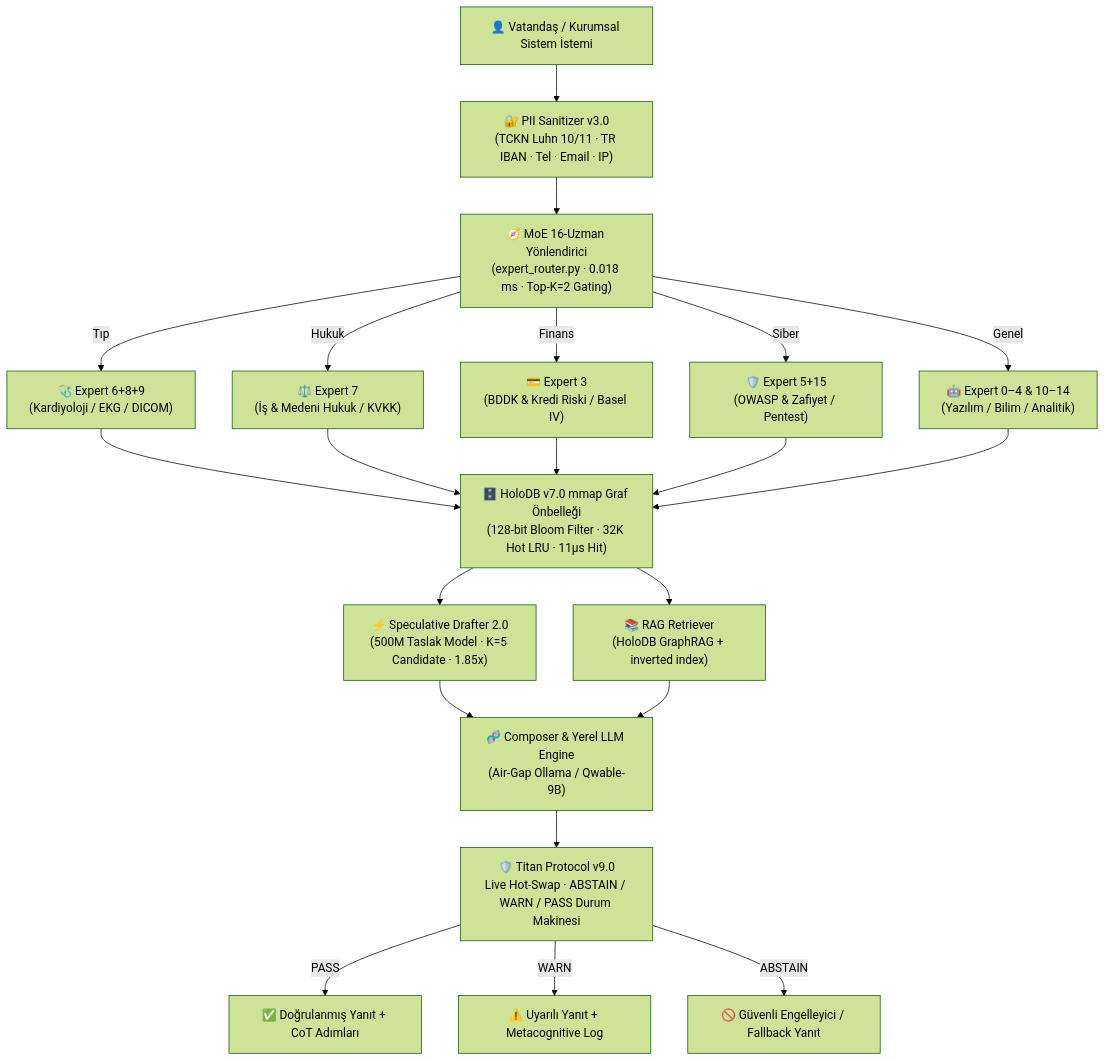
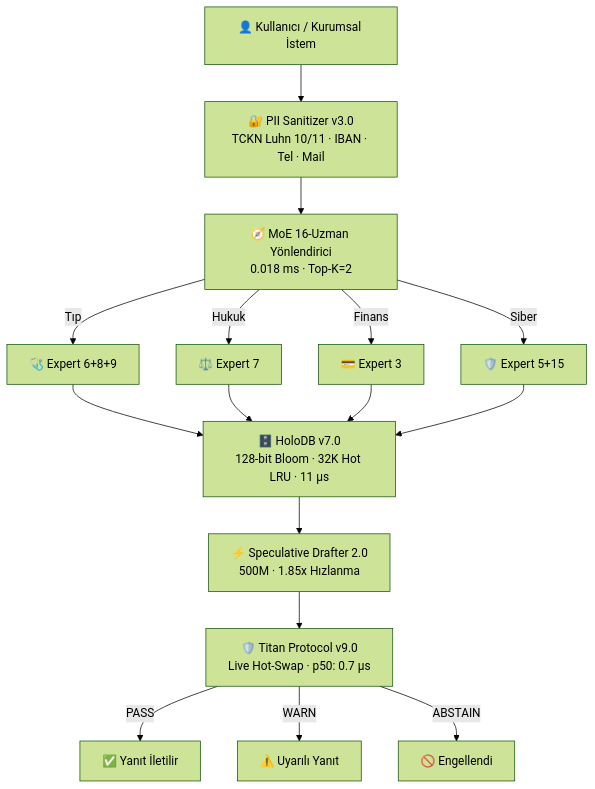
Before and after one commit to sakipfikrret/OmniEngine: the diagram in WHITEPAPER.md, drawn with Mermaid (forest theme). The commit also changed other lines of this file and 4 other files, not shown here.

````diff
--- a/WHITEPAPER.md
+++ b/WHITEPAPER.md
@@ -137,29 +88,18 @@
 ```mermaid
 graph TD
-    A["👤 Vatandaş / Kurumsal Sistem İstemi"] --> B["🔐 PII Sanitizer v3.0\n(TCKN Luhn 10/11 · TR IBAN · Tel · Email · IP)"]
-    B --> C["🧭 MoE 16-Uzman Yönlendirici\n(expert_router.py · 0.018 ms · Top-K=2 Gating)"]
-    
-    C -->|Tıp| D1["🩺 Expert 6+8+9\n(Kardiyoloji / EKG / DICOM)"]
-    C -->|Hukuk| D2["⚖️ Expert 7\n(İş & Medeni Hukuk / KVKK)"]
-    C -->|Finans| D3["💳 Expert 3\n(BDDK & Kredi Riski / Basel IV)"]
-    C -->|Siber| D4["🛡️ Expert 5+15\n(OWASP & Zafiyet / Pentest)"]
-    C -->|Genel| D5["🤖 Expert 0–4 & 10–14\n(Yazılım / Bilim / Analitik)"]
-    
-    D1 --> E["🗄️ HoloDB v7.0 mmap Graf Önbelleği\n(128-bit Bloom Filter · 32K Hot LRU · 11µs Hit)"]
+    A["👤 Kullanıcı / Kurumsal İstem"] --> B["🔐 PII Sanitizer v3.0\nTCKN Luhn 10/11 · IBAN · Tel · Mail"]
+    B --> C["🧭 MoE 16-Uzman Yönlendirici\n0.018 ms · Top-K=2"]
+    C -->|Tıp| D1["🩺 Expert 6+8+9"]
+    C -->|Hukuk| D2["⚖️ Expert 7"]
+    C -->|Finans| D3["💳 Expert 3"]
+    C -->|Siber| D4["🛡️ Expert 5+15"]
+    D1 --> E["🗄️ HoloDB v7.0\n128-bit Bloom · 32K Hot LRU · 11 µs"]
     D2 --> E
     D3 --> E
     D4 --> E
-    D5 --> E
-    
-    E --> F1["⚡ Speculative Drafter 2.0\n(500M Taslak Model · K=5 Candidate · 1.85x)"]
-    E --> F2["📚 RAG Retriever\n(HoloDB GraphRAG + inverted index)"]
-    
-    F1 --> G["🧬 Composer & Yerel LLM Engine\n(Air-Gap Ollama / Qwable-9B)"]
-    F2 --> G
-    
-    G --> H["🛡️ Titan Protocol v9.0\nLive Hot-Swap · ABSTAIN / WARN / PASS Durum Makinesi"]
-    
-    H -->|PASS| I["✅ Doğrulanmış Yanıt + CoT Adımları"]
-    H -->|WARN| J["⚠️ Uyarılı Yanıt + Metacognitive Log"]
-    H -->|ABSTAIN| K["🚫 Güvenli Engelleyici / Fallback Yanıt"]
+    E --> F["⚡ Speculative Drafter 2.0\n500M · 1.85x Hızlanma"]
+    F --> G["🛡️ Titan Protocol v9.0\nLive Hot-Swap · p50: 0.7 µs"]
+    G -->|PASS| H["✅ Yanıt İletilir"]
+    G -->|WARN| I["⚠️ Uyarılı Yanıt"]
+    G -->|ABSTAIN| J["🚫 Engellendi"]
 ```
````
